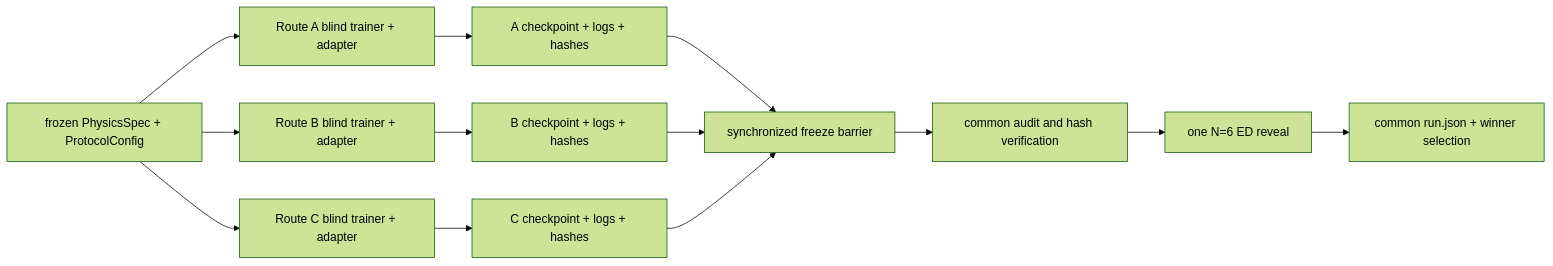
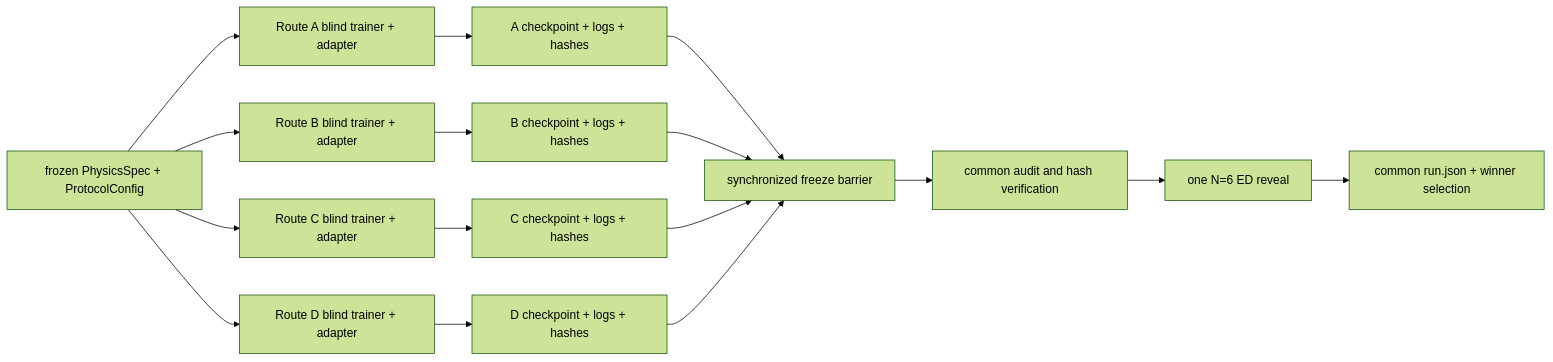
One commit to QuantumBFS/quantum.harness changed the diagram in docs/superpowers/specs/2026-07-28-challenge-15-scalable-v1-design.md. Above: the diagram before and after it, drawn with Mermaid (forest theme). The commit also changed other lines of this file and 7 other files, not shown here.

````diff
--- a/docs/superpowers/specs/2026-07-28-challenge-15-scalable-v1-design.md
+++ b/docs/superpowers/specs/2026-07-28-challenge-15-scalable-v1-design.md
@@ -130,15 +132,18 @@
 ```mermaid
 flowchart LR
     P["frozen PhysicsSpec + ProtocolConfig"] --> A["Route A blind trainer + adapter"]
     P --> B["Route B blind trainer + adapter"]
     P --> C["Route C blind trainer + adapter"]
+    P --> D["Route D blind trainer + adapter"]
     A --> FA["A checkpoint + logs + hashes"]
     B --> FB["B checkpoint + logs + hashes"]
     C --> FC["C checkpoint + logs + hashes"]
+    D --> FD["D checkpoint + logs + hashes"]
     FA --> Z["synchronized freeze barrier"]
     FB --> Z
     FC --> Z
+    FD --> Z
     Z --> U["common audit and hash verification"]
     U --> R["one N=6 ED reveal"]
     R --> W["common run.json + winner selection"]
 ```
````
